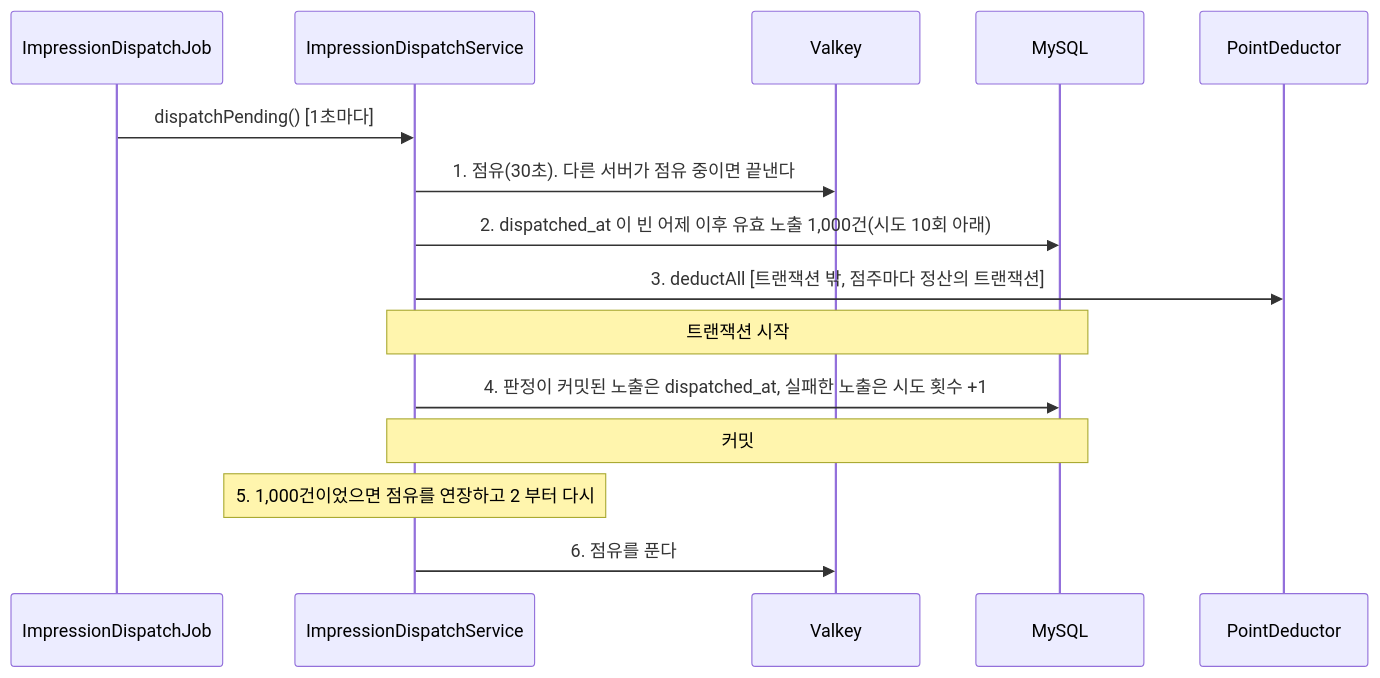
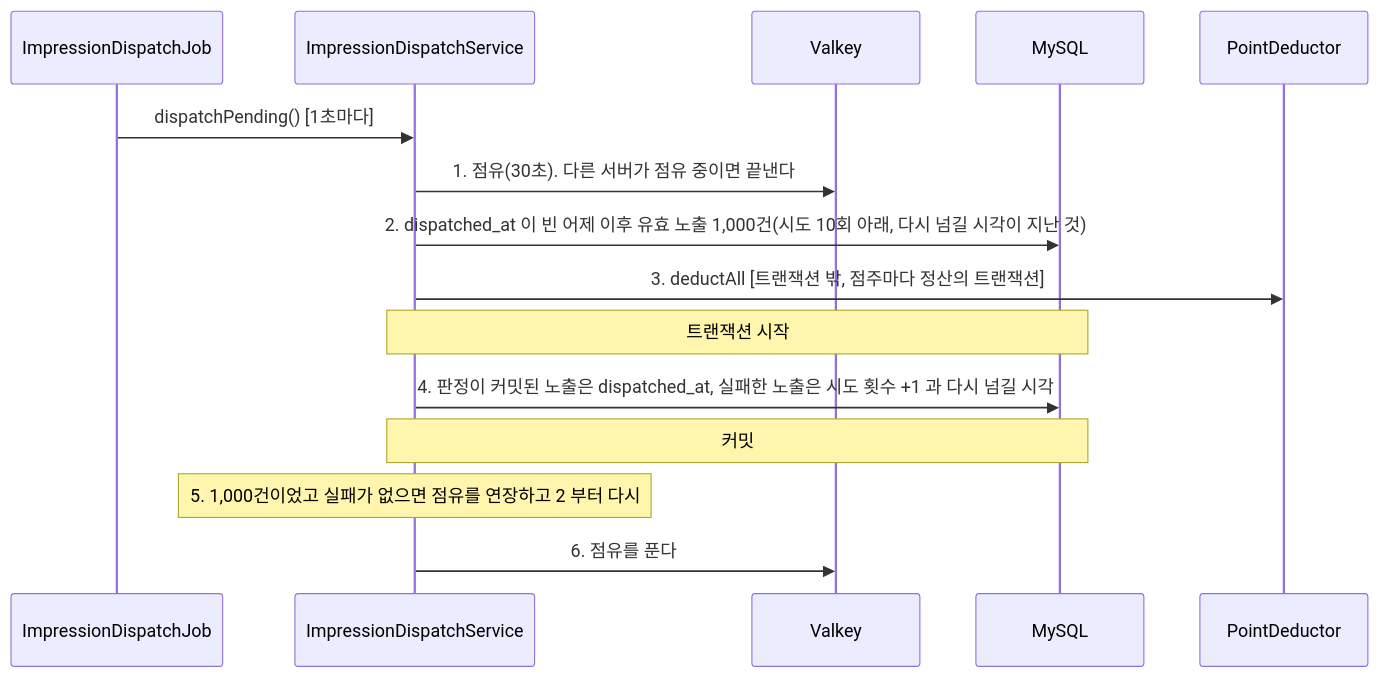
One commit to lunch-catch/lc-backend changed the fourth of 6 diagrams in docs/design/adserving/adserving_구조와_동작_설계.md. Above: the diagram before and after it, drawn with Mermaid. The commit also changed other lines of this file and 2 other files, not shown here.

Commit message:
docs: 실패한 노출의 재시도 간격을 설계서에 맞춘다 (#1010)

````diff
--- a/docs/design/adserving/adserving_구조와_동작_설계.md
+++ b/docs/design/adserving/adserving_구조와_동작_설계.md
@@ -509,17 +509,17 @@
 ```mermaid
 sequenceDiagram
     participant J as ImpressionDispatchJob
     participant S as ImpressionDispatchService
     participant V as Valkey
     participant DB as MySQL
     participant P as PointDeductor
     J->>S: dispatchPending() [1초마다]
     S->>V: 1. 점유(30초). 다른 서버가 점유 중이면 끝낸다
-    S->>DB: 2. dispatched_at 이 빈 어제 이후 유효 노출 1,000건(시도 10회 아래)
+    S->>DB: 2. dispatched_at 이 빈 어제 이후 유효 노출 1,000건(시도 10회 아래, 다시 넘길 시각이 지난 것)
     S->>P: 3. deductAll [트랜잭션 밖, 점주마다 정산의 트랜잭션]
     Note over S,DB: 트랜잭션 시작
-    S->>DB: 4. 판정이 커밋된 노출은 dispatched_at, 실패한 노출은 시도 횟수 +1
+    S->>DB: 4. 판정이 커밋된 노출은 dispatched_at, 실패한 노출은 시도 횟수 +1 과 다시 넘길 시각
     Note over S,DB: 커밋
-    Note over S: 5. 1,000건이었으면 점유를 연장하고 2 부터 다시
+    Note over S: 5. 1,000건이었고 실패가 없으면 점유를 연장하고 2 부터 다시
     S->>V: 6. 점유를 푼다
 ```
````
